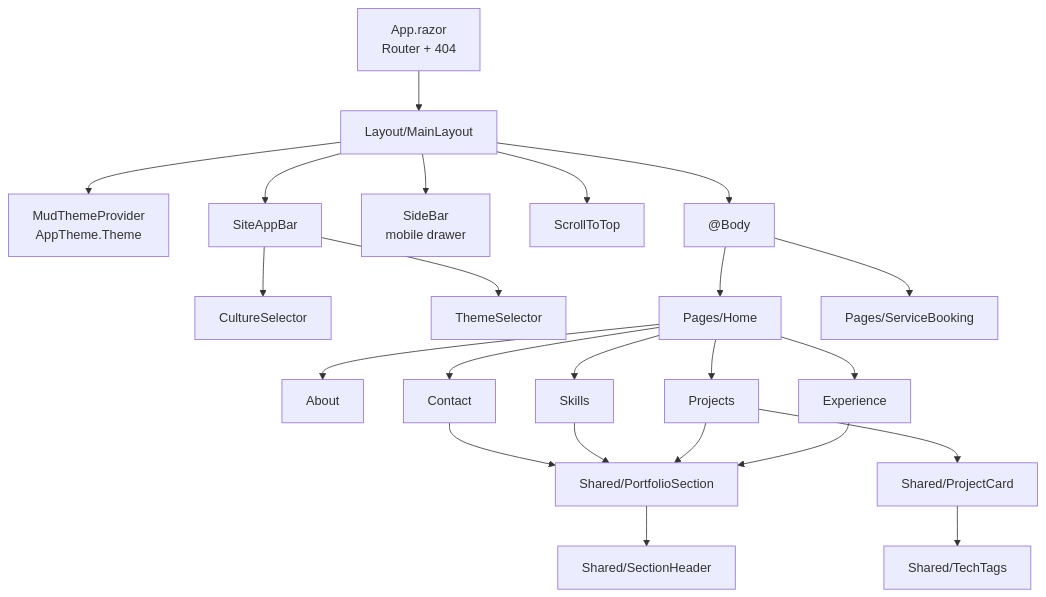
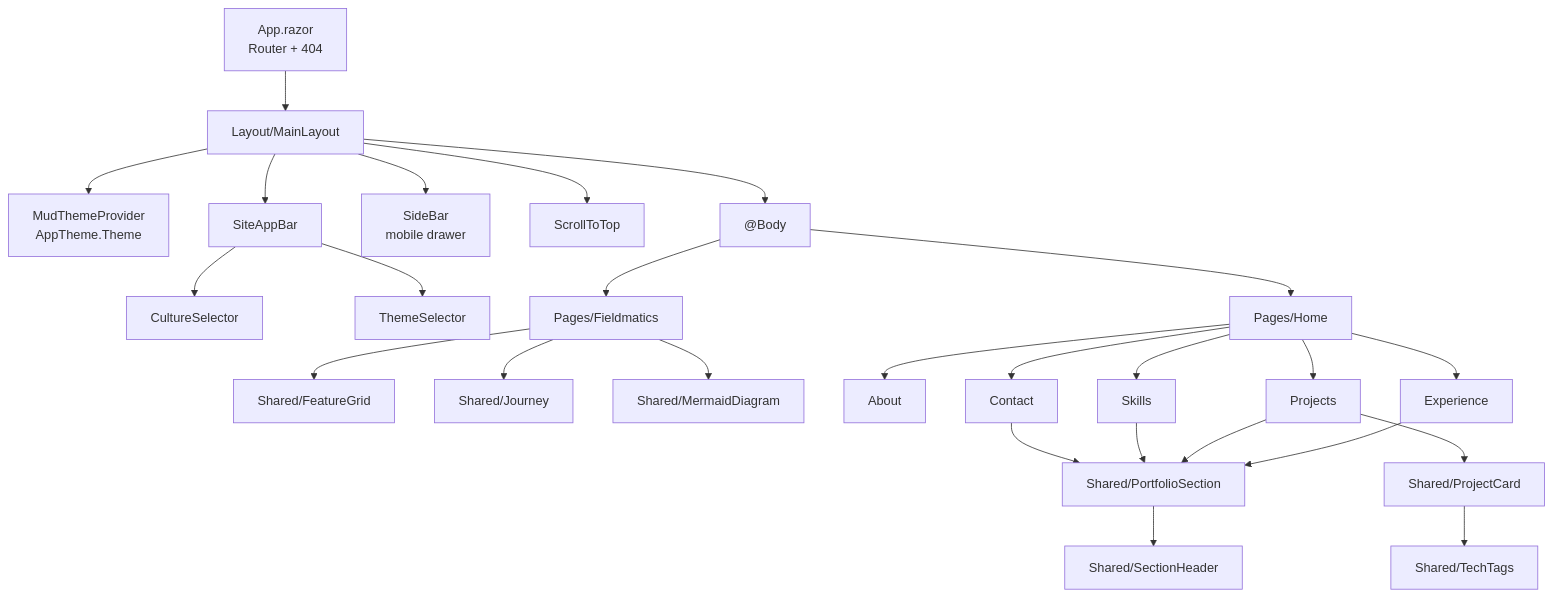
The second of 2 diagrams in ARCHITECTURE.md (gpapasteriadis/PersonalWebSite), drawn with Mermaid before and after one commit. The commit also changed other lines of this file and 23 other files, not shown here.

First line of the commit message:
Replace Service Booking with the Fieldmatics case study (#18)

````diff
--- a/ARCHITECTURE.md
+++ b/ARCHITECTURE.md
@@ -23,17 +23,18 @@
 ```mermaid
 graph TD
     App[App.razor<br/>Router + 404] --> ML[Layout/MainLayout]
     ML --> TP[MudThemeProvider<br/>AppTheme.Theme]
     ML --> AB[SiteAppBar]
     AB --> CS[CultureSelector]
     AB --> TS[ThemeSelector]
     ML --> SB[SideBar<br/>mobile drawer]
     ML --> STT[ScrollToTop]
     ML --> Body["@Body"]
     Body --> Home[Pages/Home]
-    Body --> SBk[Pages/ServiceBooking]
+    Body --> FM[Pages/Fieldmatics]
+    FM --> FG[Shared/FeatureGrid] & JR[Shared/Journey] & MD[Shared/MermaidDiagram]
     Home --> About & Experience & Projects & Skills & Contact
     Experience & Projects & Skills & Contact --> PS[Shared/PortfolioSection]
     PS --> SH[Shared/SectionHeader]
     Projects --> PC[Shared/ProjectCard] --> TT[Shared/TechTags]
 ```
````
